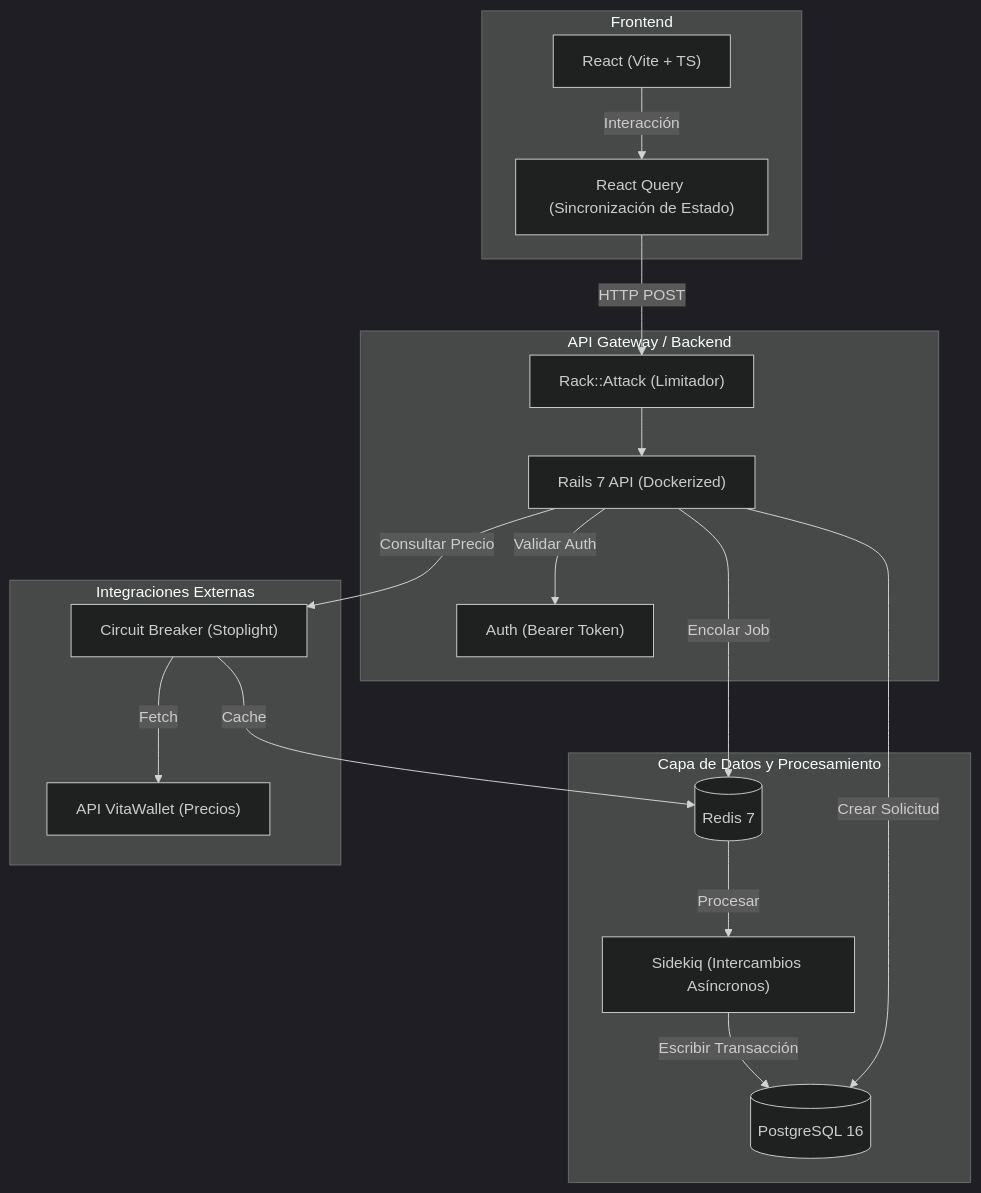
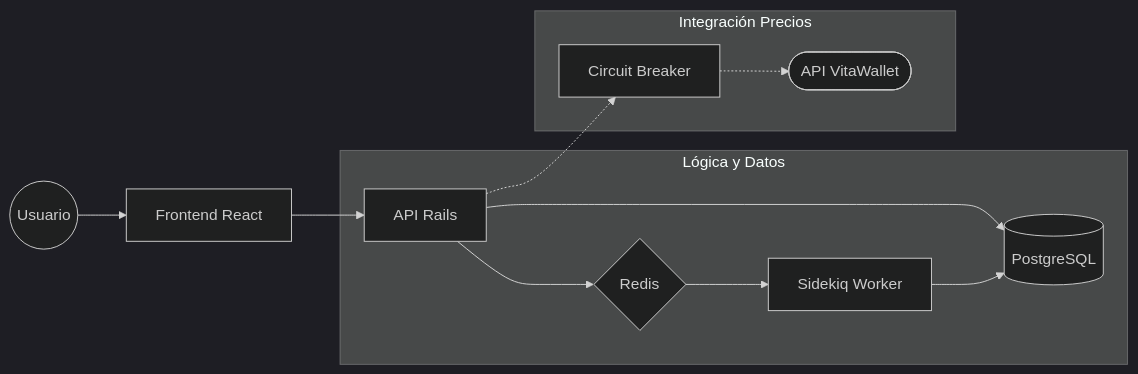
The diagram in README.md (fjvalles/exchange-mock-app), drawn with Mermaid (dark theme) before and after one commit. The commit also changed other lines of this file, not shown here.

Commit message:
Docs: Simplify Mermaid architect diagram to a cleaner LR flow

````diff
--- a/README.md
+++ b/README.md
@@ -19,36 +19,17 @@
 ```mermaid
-graph TD
-    subgraph Frontend
-        React["React (Vite + TS)"]
-        RTK["React Query (Sincronización de Estado)"]
+graph LR
+    User((Usuario)) --> FE[Frontend React]
+    FE --> API[API Rails]
+    
+    subgraph "Lógica y Datos"
+        API --> DB[(PostgreSQL)]
+        API --> Redis{Redis}
+        Redis --> Sidekiq[Sidekiq Worker]
+        Sidekiq --> DB
     end
 
-    subgraph "API Gateway / Backend"
-        Rails["Rails 7 API (Dockerized)"]
-        RA["Rack::Attack (Limitador)"]
-        Auth["Auth (Bearer Token)"]
+    subgraph "Integración Precios"
+        API -.-> CB[Circuit Breaker]
+        CB -.-> VW_API([API VitaWallet])
     end
-
-    subgraph "Capa de Datos y Procesamiento"
-        PG[(PostgreSQL 16)]
-        Redis[(Redis 7)]
-        Sidekiq["Sidekiq (Intercambios Asíncronos)"]
-    end
-
-    subgraph "Integraciones Externas"
-        VW_API["API VitaWallet (Precios)"]
-        CB["Circuit Breaker (Stoplight)"]
-    end
-
-    React -->|Interacción| RTK
-    RTK -->|HTTP POST| RA
-    RA --> Rails
-    Rails -->|Validar Auth| Auth
-    Rails -->|Consultar Precio| CB
-    CB -->|Cache| Redis
-    CB -->|Fetch| VW_API
-    Rails -->|Crear Solicitud| PG
-    Rails -->|Encolar Job| Redis
-    Redis -->|Procesar| Sidekiq
-    Sidekiq -->|Escribir Transacción| PG
 ```
````
